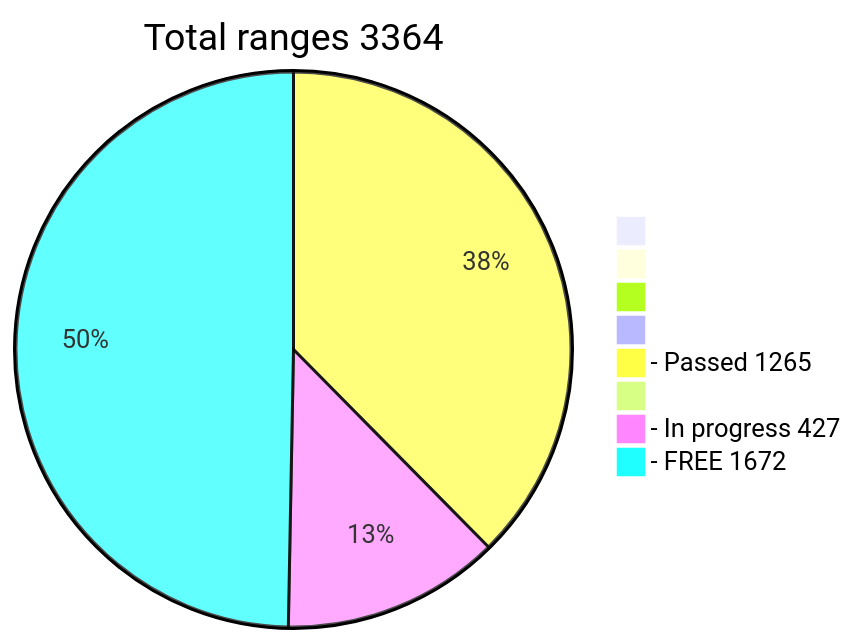
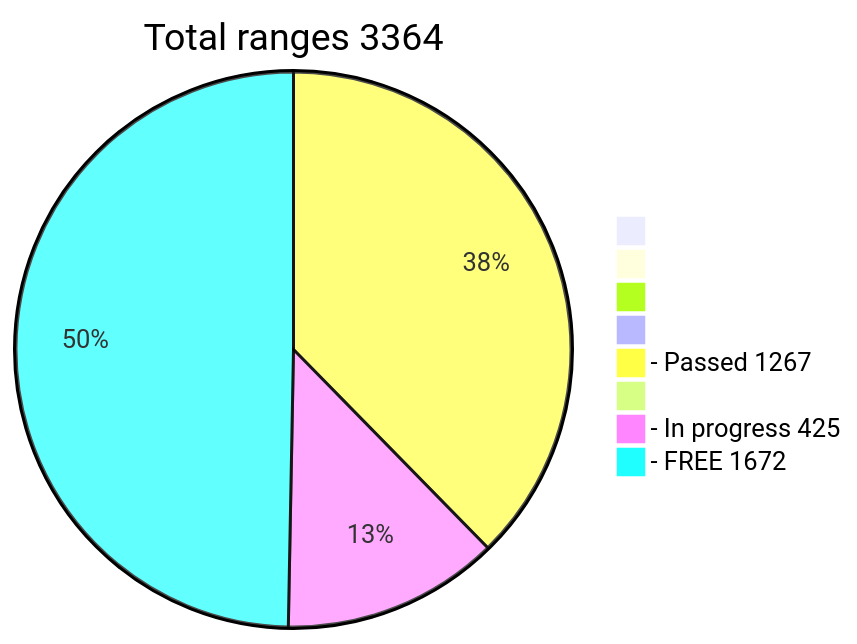
The diagram in README.md (phrutis/wif500), drawn with Mermaid before and after one commit.

````diff
--- a/README.md
+++ b/README.md
@@ -16,12 +16,12 @@
 ```mermaid
 pie title Total ranges 3364
              " " : 0
             "  " : 0
            "   " : 0
           "    " : 0
-  "- Passed 1265" : 1265
+  "- Passed 1267" : 1267
          "     " : 0
-  "- In progress 427" : 427
+  "- In progress 425" : 425
    "- FREE 1672" : 1672
    
 ```
````
